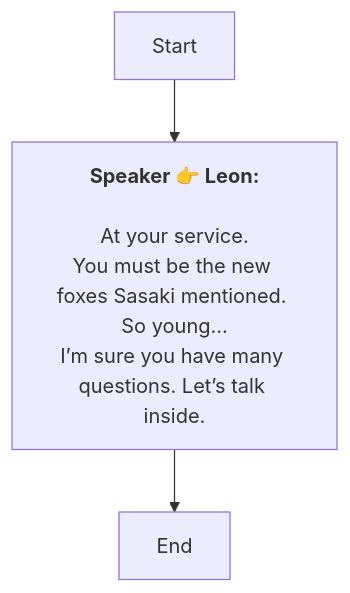
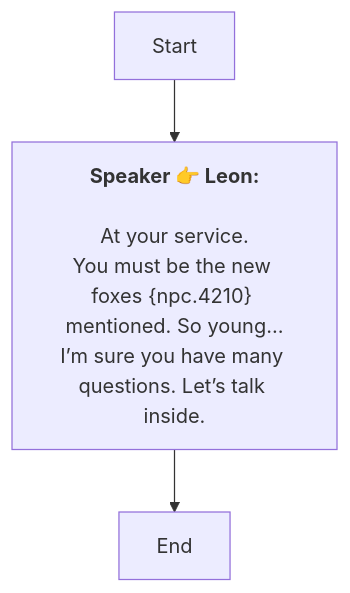
Before and after one commit to SoftHu/tos_avg: the diagram in Zh/Dialog_55441004783791.md, drawn with Mermaid. The commit also changed 730 other files, not shown here.

````diff
--- a/Zh/Dialog_55441004783791.md
+++ b/Zh/Dialog_55441004783791.md
@@ -1,9 +1,9 @@
 ```mermaid
 graph
 Start -->1774112233166173[<b>Speaker 👉 Leon:</b>
 \nAt your service.
-You must be the new foxes Sasaki mentioned. So young…
+You must be the new foxes &lbrace;npc.4210&rbrace; mentioned. So young…
 I’m sure you have many questions. Let’s talk inside.]
 1774112233166173 -->1774112271293791[End]
 
 ```
````
